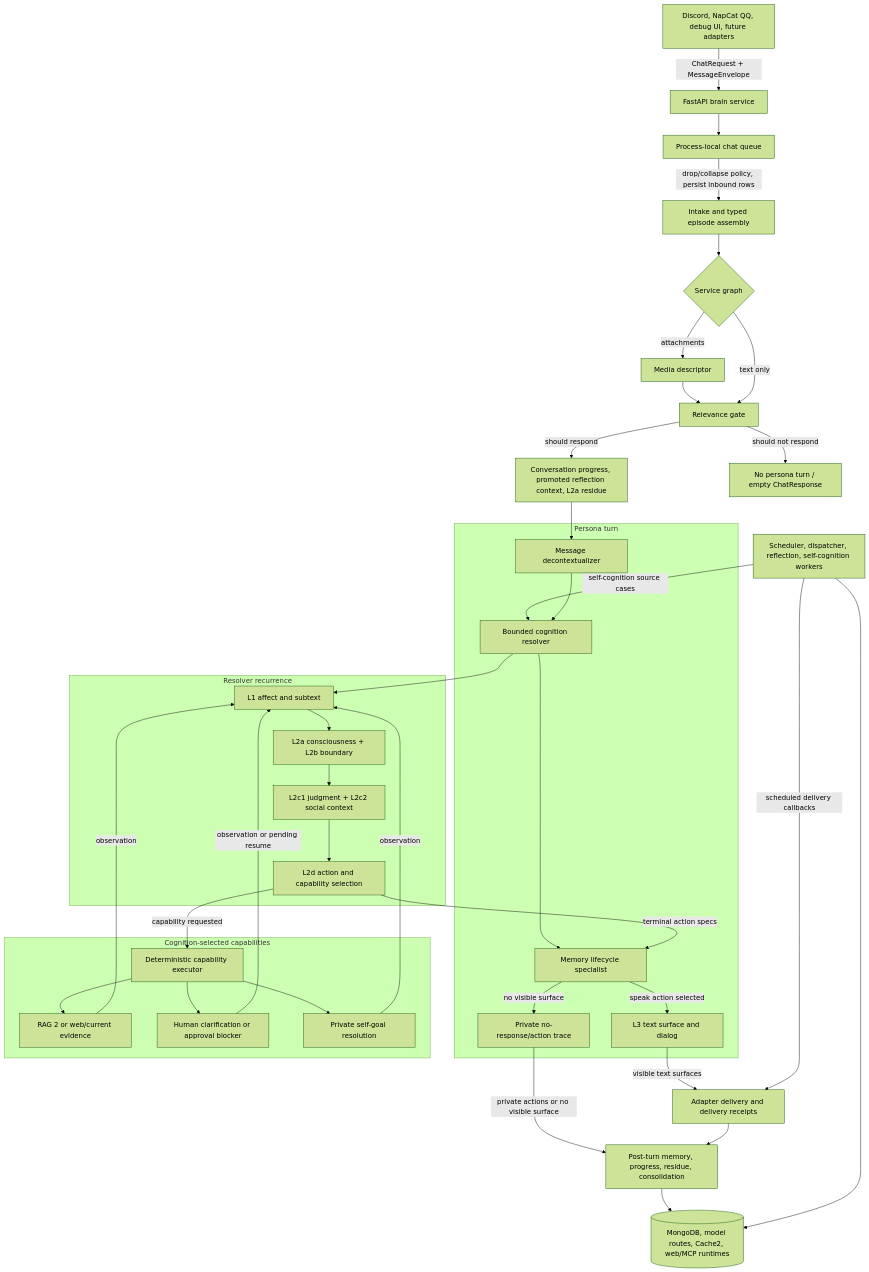
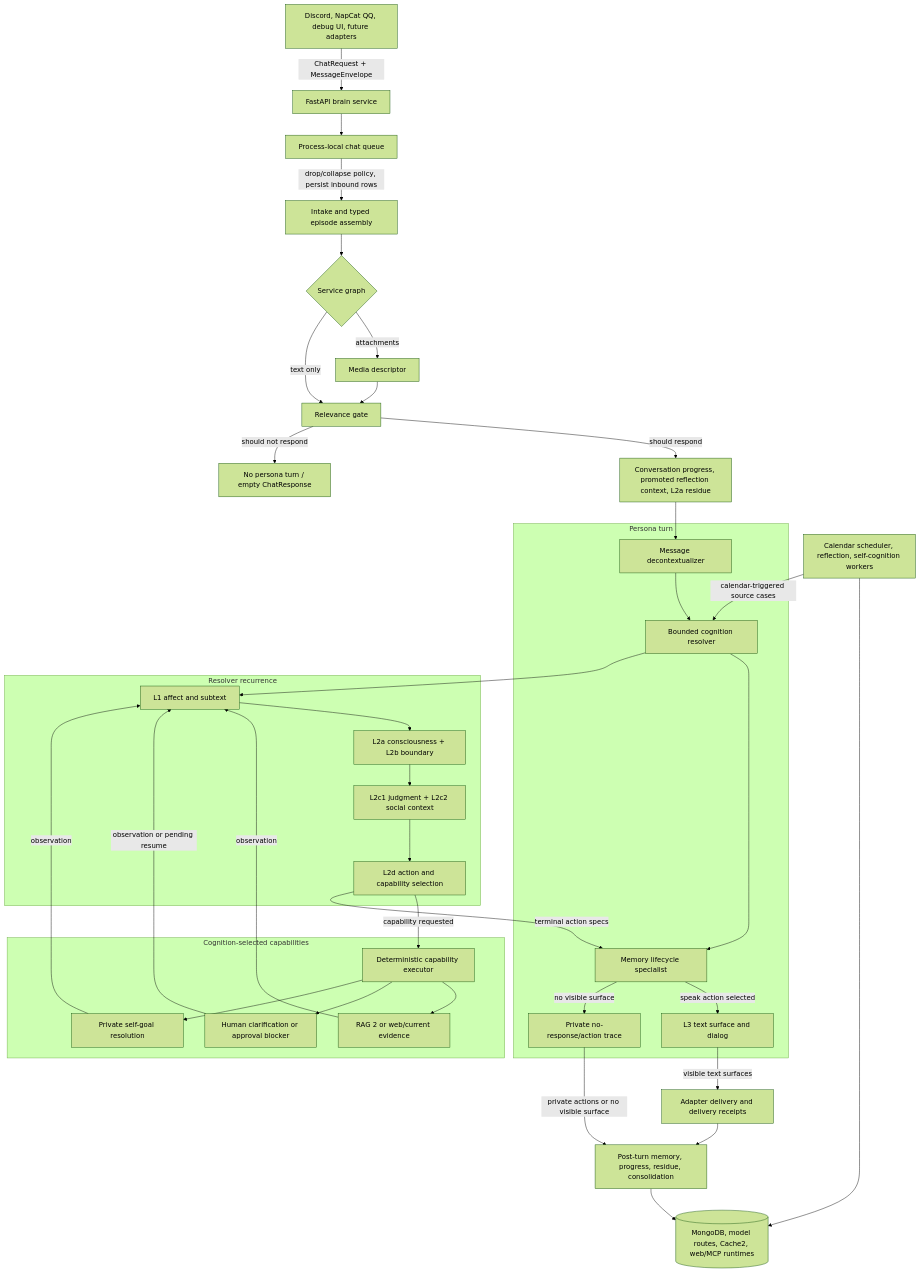
Before and after one commit to eamars/KazusaAIChatbot: the diagram in README.md, drawn with Mermaid (forest theme). The commit also changed other lines of this file and 15 other files, not shown here.

Commit message:
docs: refresh calendar scheduler ops status

````diff
--- a/README.md
+++ b/README.md
@@ -108,73 +108,72 @@
 ```mermaid
 flowchart TD
     A[Discord, NapCat QQ, debug UI, future adapters]
     B[FastAPI brain service]
     C[Process-local chat queue]
     D[Intake and typed episode assembly]
     E{Service graph}
     F[Media descriptor]
     G[Relevance gate]
     H[Conversation progress, promoted reflection context, L2a residue]
     J[Adapter delivery and delivery receipts]
     K[Post-turn memory, progress, residue, consolidation]
     L[(MongoDB, model routes, Cache2, web/MCP runtimes)]
-    M[Scheduler, dispatcher, reflection, self-cognition workers]
+    M[Calendar scheduler, reflection, self-cognition workers]
     N[No persona turn / empty ChatResponse]
 
     A -->|ChatRequest + MessageEnvelope| B
     B --> C
     C -->|drop/collapse policy, persist inbound rows| D
     D --> E
     E -->|attachments| F
     F --> G
     E -->|text only| G
     G -->|should respond| H
     G -->|should not respond| N
     H --> P0
     P3 -->|visible text surfaces| J
     P4 -->|private actions or no visible surface| K
     J --> K
     K --> L
-    M -->|self-cognition source cases| P1
-    M -->|scheduled delivery callbacks| J
+    M -->|calendar-triggered source cases| P1
     M --> L
 
     subgraph Persona["Persona turn"]
         P0[Message decontextualizer]
         P1[Bounded cognition resolver]
         P2[Memory lifecycle specialist]
         P3[L3 text surface and dialog]
         P4[Private no-response/action trace]
         P0 --> P1
         P1 --> P2
         P2 -->|speak action selected| P3
         P2 -->|no visible surface| P4
     end
 
     subgraph Resolver["Resolver recurrence"]
         R1[L1 affect and subtext]
         R2[L2a consciousness + L2b boundary]
         R3[L2c1 judgment + L2c2 social context]
         R4[L2d action and capability selection]
         R1 --> R2
         R2 --> R3
         R3 --> R4
     end
 
     subgraph Capabilities["Cognition-selected capabilities"]
         C0[Deterministic capability executor]
         C1[RAG 2 or web/current evidence]
         C2[Human clarification or approval blocker]
         C3[Private self-goal resolution]
         C0 --> C1
         C0 --> C2
         C0 --> C3
     end
 
     P1 --> R1
     R4 -->|capability requested| C0
     C1 -->|observation| R1
     C2 -->|observation or pending resume| R1
     C3 -->|observation| R1
     R4 -->|terminal action specs| P2
 ```
````
